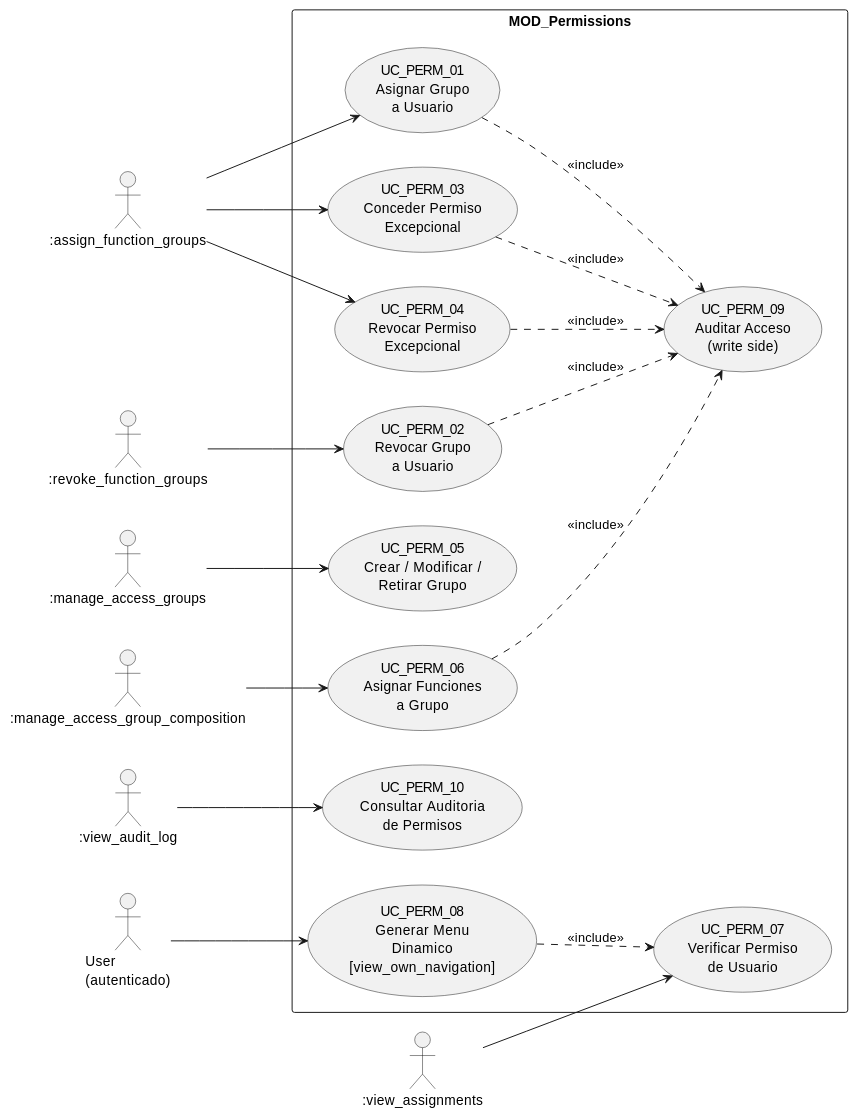
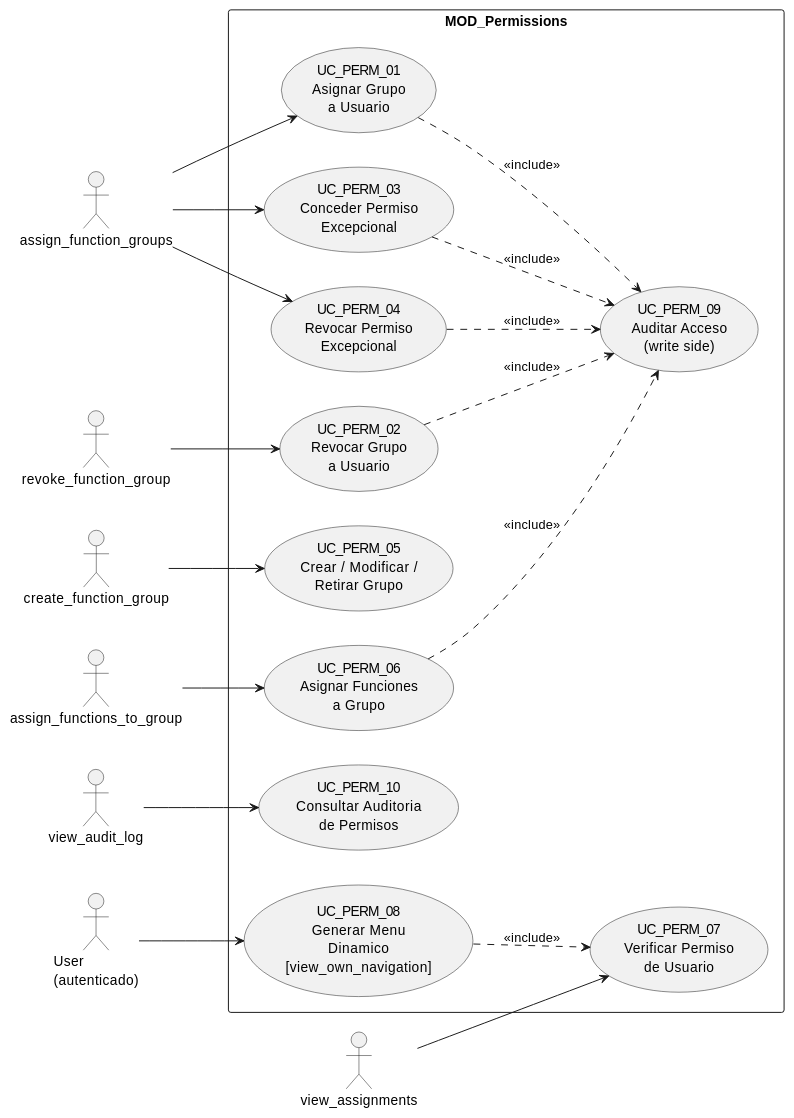
One commit to jcg-admin/IACT-docs changed the fourth of 13 diagrams in source/arquitectura-tecnica/diagramas-uc-por-modulo.rst. Above: the diagram before and after it, drawn with PlantUML. The commit also changed other lines of this file and 157 other files, not shown here.

First line of the commit message:
Enforce catalog function names across all diagrams

```diff
--- a/source/arquitectura-tecnica/diagramas-uc-por-modulo.rst
+++ b/source/arquitectura-tecnica/diagramas-uc-por-modulo.rst
@@ -148,45 +148,45 @@
 .. uml::
  :caption: Figura 19 — MOD_Permissions: casos de uso
 
  @startuml
  left to right direction
 
- actor ":assign_function_groups" as AFG
- actor ":revoke_function_groups" as RFG
- actor ":manage_access_groups" as MAG
- actor ":manage_access_group_composition" as MAGC
- actor ":view_assignments" as VA
- actor ":view_audit_log" as AUD
+ actor "assign_function_groups" as AFG
+ actor "revoke_function_group" as RFG
+ actor "create_function_group" as MAG
+ actor "assign_functions_to_group" as MAGC
+ actor "view_assignments" as VA
+ actor "view_audit_log" as AUD
  actor "User\n(autenticado)" as AUTH
 
  rectangle "MOD_Permissions" {
    usecase "UC_PERM_01\nAsignar Grupo\na Usuario" as P01
    usecase "UC_PERM_02\nRevocar Grupo\na Usuario" as P02
    usecase "UC_PERM_03\nConceder Permiso\nExcepcional" as P03
    usecase "UC_PERM_04\nRevocar Permiso\nExcepcional" as P04
    usecase "UC_PERM_05\nCrear / Modificar /\nRetirar Grupo" as P05
    usecase "UC_PERM_06\nAsignar Funciones\na Grupo" as P06
    usecase "UC_PERM_07\nVerificar Permiso\nde Usuario" as P07
    usecase "UC_PERM_08\nGenerar Menu\nDinamico\n[view_own_navigation]" as P08
    usecase "UC_PERM_09\nAuditar Acceso\n(write side)" as P09
    usecase "UC_PERM_10\nConsultar Auditoria\nde Permisos" as P10
  }
 
  AFG --> P01
  RFG --> P02
  AFG --> P03
  AFG --> P04
  MAG --> P05
  MAGC --> P06
  VA --> P07
  AUTH --> P08
  AUD --> P10
 
  P01 ..> P09 : <<include>>
  P02 ..> P09 : <<include>>
  P03 ..> P09 : <<include>>
  P04 ..> P09 : <<include>>
  P06 ..> P09 : <<include>>
  P08 ..> P07 : <<include>>
 
  @enduml
```
